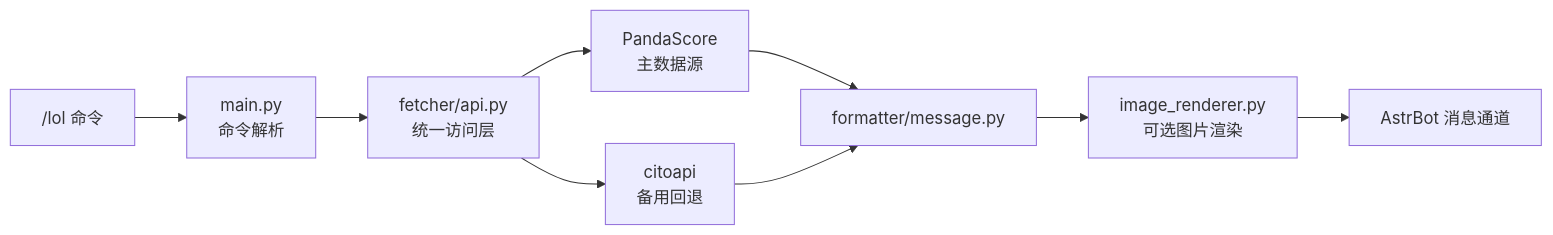
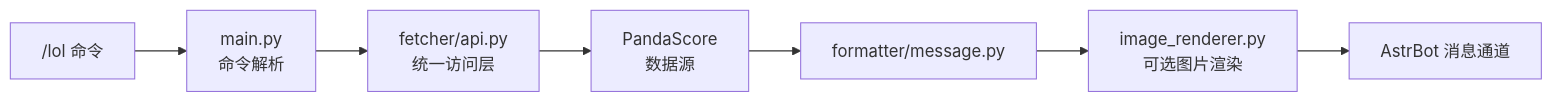
One commit to serine-0421/astrbot-workspace changed the diagram in README.md. Above: the diagram before and after it, drawn with Mermaid. The commit also changed other lines of this file and 12 other files, not shown here.

````diff
--- a/README.md
+++ b/README.md
@@ -284,11 +276,9 @@
 ```mermaid
 flowchart LR
     CMD["/lol 命令"] --> MAIN["main.py<br/>命令解析"]
     MAIN --> API["fetcher/api.py<br/>统一访问层"]
-    API --> PS["PandaScore<br/>主数据源"]
-    API --> CITO["citoapi<br/>备用回退"]
+    API --> PS["PandaScore<br/>数据源"]
     PS --> FORMAT["formatter/message.py"]
-    CITO --> FORMAT
     FORMAT --> IMG["image_renderer.py<br/>可选图片渲染"]
     IMG --> OUT["AstrBot 消息通道"]
 ```
````
